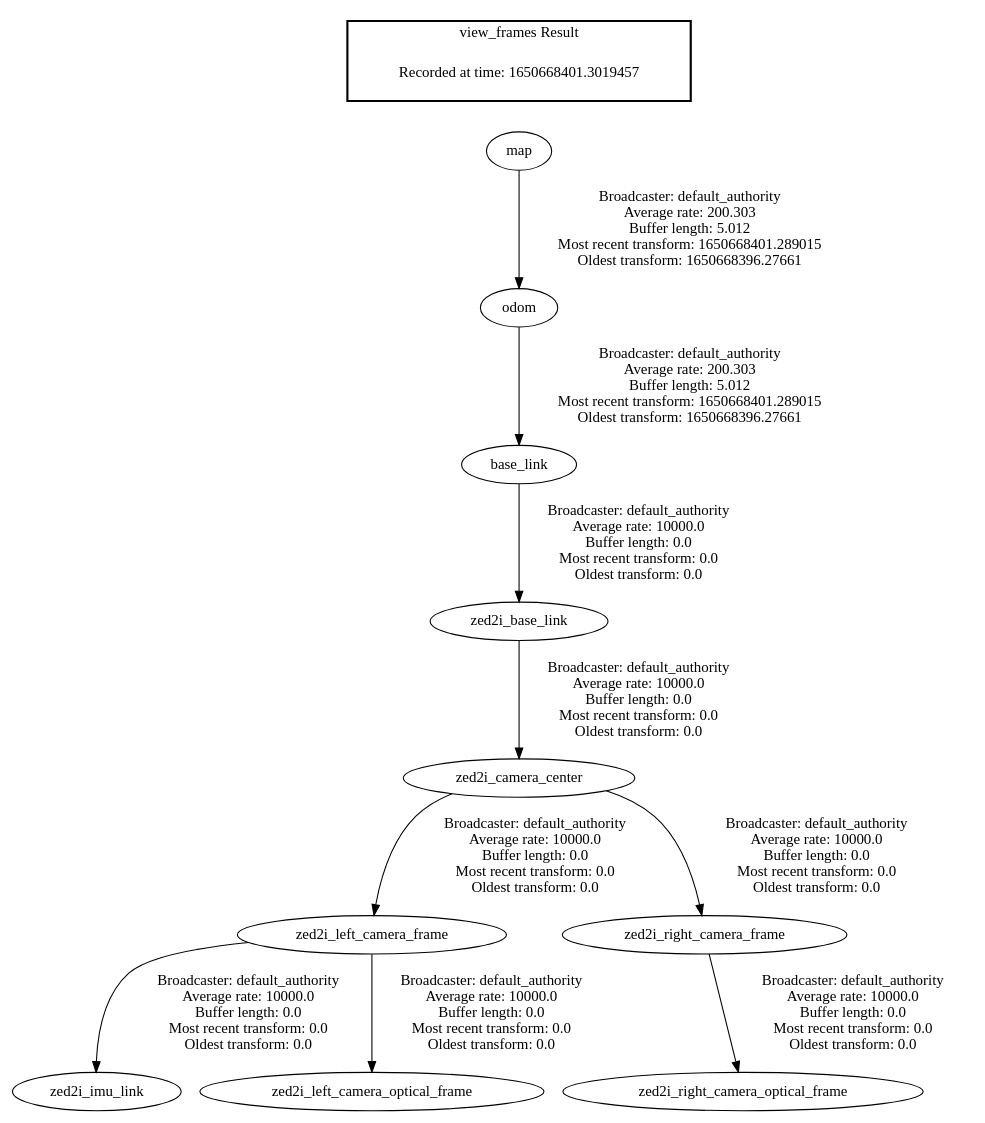
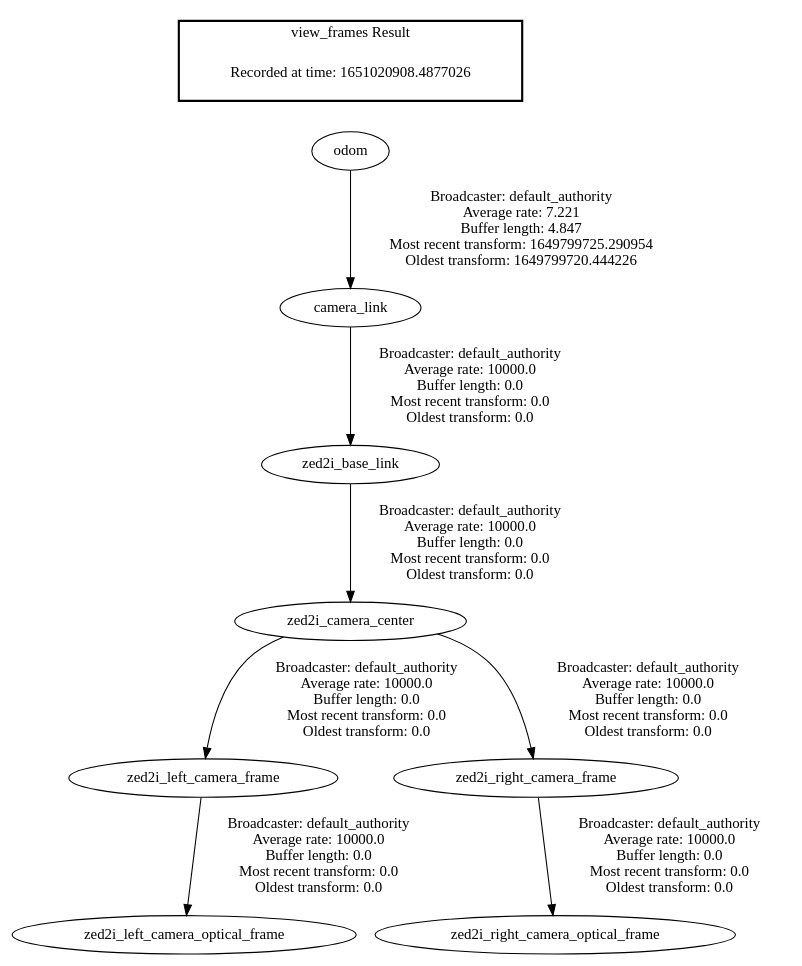
Before and after one commit to UCR-FSAE/FSAE-AutonomousKarting: the diagram in frames.gv, drawn with Graphviz. The commit also changed 4 other files, not shown here.

```diff
--- a/frames.gv
+++ b/frames.gv
@@ -1,15 +1,13 @@
 digraph G {
-"odom" -> "base_link"[label=" Broadcaster: default_authority\nAverage rate: 200.303\nBuffer length: 5.012\nMost recent transform: 1650668401.289015\nOldest transform: 1650668396.27661\n"];
-"map" -> "odom"[label=" Broadcaster: default_authority\nAverage rate: 200.303\nBuffer length: 5.012\nMost recent transform: 1650668401.289015\nOldest transform: 1650668396.27661\n"];
-"zed2i_left_camera_frame" -> "zed2i_imu_link"[label=" Broadcaster: default_authority\nAverage rate: 10000.0\nBuffer length: 0.0\nMost recent transform: 0.0\nOldest transform: 0.0\n"];
+"odom" -> "camera_link"[label=" Broadcaster: default_authority\nAverage rate: 7.221\nBuffer length: 4.847\nMost recent transform: 1649799725.290954\nOldest transform: 1649799720.444226\n"];
+"camera_link" -> "zed2i_base_link"[label=" Broadcaster: default_authority\nAverage rate: 10000.0\nBuffer length: 0.0\nMost recent transform: 0.0\nOldest transform: 0.0\n"];
+"zed2i_base_link" -> "zed2i_camera_center"[label=" Broadcaster: default_authority\nAverage rate: 10000.0\nBuffer length: 0.0\nMost recent transform: 0.0\nOldest transform: 0.0\n"];
 "zed2i_camera_center" -> "zed2i_left_camera_frame"[label=" Broadcaster: default_authority\nAverage rate: 10000.0\nBuffer length: 0.0\nMost recent transform: 0.0\nOldest transform: 0.0\n"];
-"base_link" -> "zed2i_base_link"[label=" Broadcaster: default_authority\nAverage rate: 10000.0\nBuffer length: 0.0\nMost recent transform: 0.0\nOldest transform: 0.0\n"];
-"zed2i_base_link" -> "zed2i_camera_center"[label=" Broadcaster: default_authority\nAverage rate: 10000.0\nBuffer length: 0.0\nMost recent transform: 0.0\nOldest transform: 0.0\n"];
 "zed2i_left_camera_frame" -> "zed2i_left_camera_optical_frame"[label=" Broadcaster: default_authority\nAverage rate: 10000.0\nBuffer length: 0.0\nMost recent transform: 0.0\nOldest transform: 0.0\n"];
 "zed2i_camera_center" -> "zed2i_right_camera_frame"[label=" Broadcaster: default_authority\nAverage rate: 10000.0\nBuffer length: 0.0\nMost recent transform: 0.0\nOldest transform: 0.0\n"];
 "zed2i_right_camera_frame" -> "zed2i_right_camera_optical_frame"[label=" Broadcaster: default_authority\nAverage rate: 10000.0\nBuffer length: 0.0\nMost recent transform: 0.0\nOldest transform: 0.0\n"];
 edge [style=invis];
  subgraph cluster_legend { style=bold; color=black; label ="view_frames Result";
-"Recorded at time: 1650668401.3019457"[ shape=plaintext ] ;
-}->"map";
+"Recorded at time: 1651020908.4877026"[ shape=plaintext ] ;
+}->"odom";
 }
```
